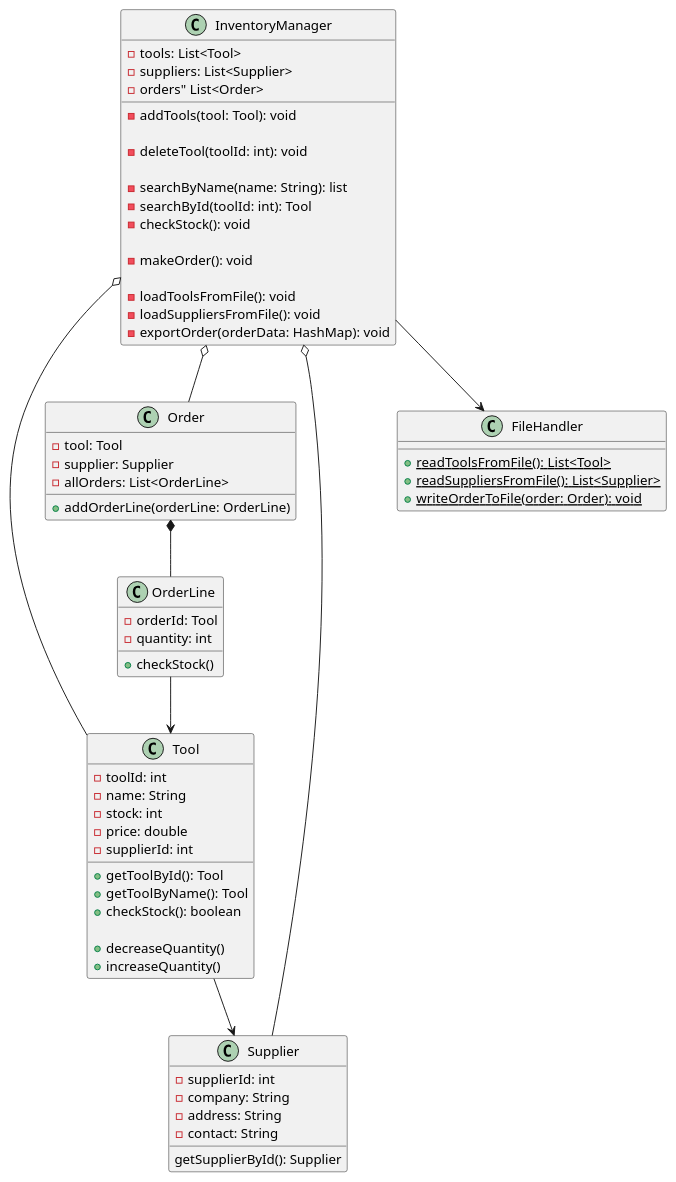
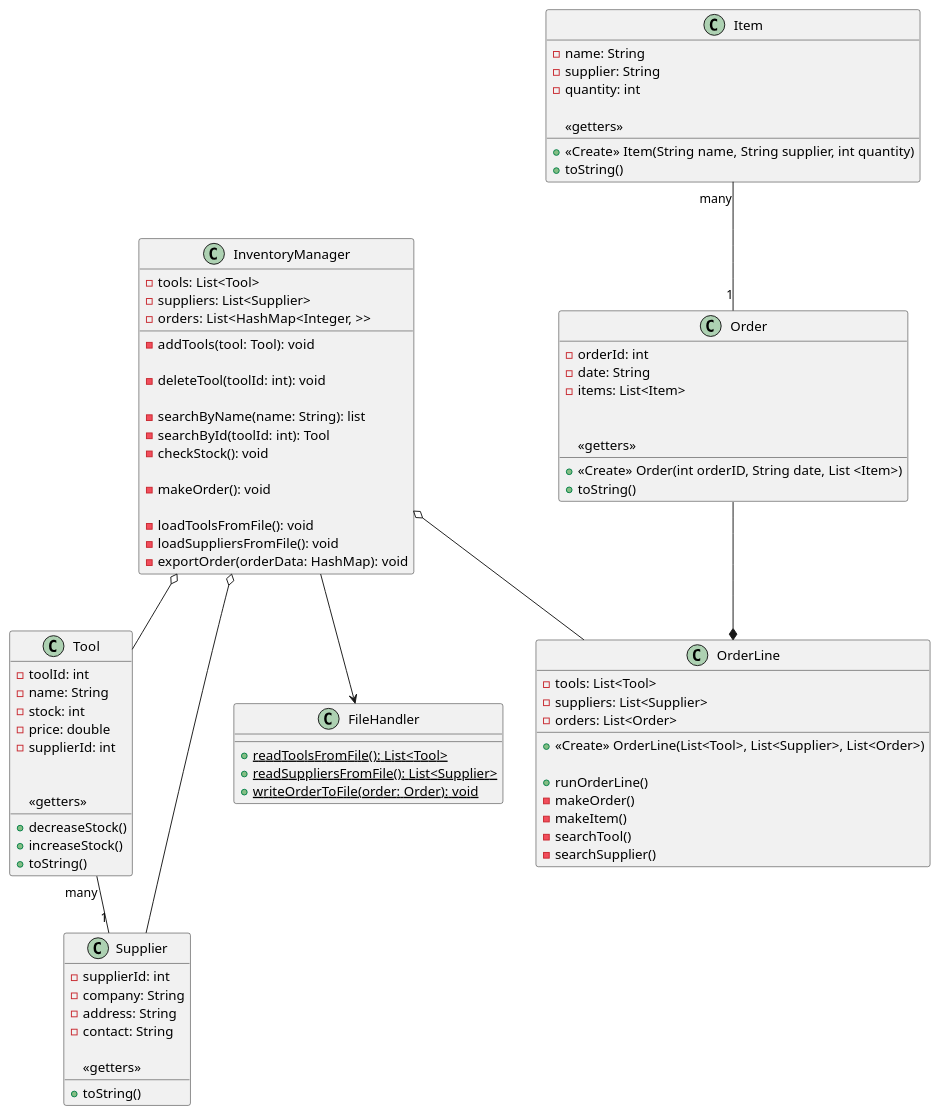
The diagram in ENSF 607/Playground/Christian/Assignment 1/assignment1/shop.puml (chvaldez10/MEng-Fall-Group), drawn with PlantUML before and after one commit. The commit also changed 4 other files, not shown here.

Commit message:
updated uml diagram for a1-ex3

```diff
--- a/ENSF 607/Playground/Christian/Assignment 1/assignment1/shop.puml
+++ b/ENSF 607/Playground/Christian/Assignment 1/assignment1/shop.puml
@@ -1,97 +1,114 @@
 @startuml
     class InventoryManager {
         /' class attributes '/
         - tools: List<Tool>
         - suppliers: List<Supplier>
-        - orders" List<Order>
+        - orders: List<HashMap<Integer, >>
 
         /' create|add tools '/
         - addTools(tool: Tool): void
 
         /' delete tools '/
         - deleteTool(toolId: int): void
 
         /' read tools '/
         - searchByName(name: String): list
         - searchById(toolId: int): Tool
         - checkStock(): void
 
         /' update tools '/
         - makeOrder(): void
 
         /' file handler '/
         - loadToolsFromFile(): void
         - loadSuppliersFromFile(): void
         - exportOrder(orderData: HashMap): void
     }
 
     class Tool {
         /' class attributes '/
         - toolId: int
         - name: String
         - stock: int
         - price: double
         - supplierId: int
 
-        /' get data '/
-        + getToolById(): Tool
-        + getToolByName(): Tool
-        + checkStock(): boolean
+        /' update stock '/
+        + decreaseStock()
+        + increaseStock()
 
-        /' update data '/
-        + decreaseQuantity()
-        + increaseQuantity()
+        <<getters>>
+        + toString()
     }
 
     class Supplier {
         /' class attributes '/
         - supplierId: int
         - company: String
         - address: String
         - contact: String
 
-        /' read data '/
-        getSupplierById(): Supplier
+        <<getters>>
+        + toString()
+    }
+
+    class OrderLine {
+        /' class attributes '/
+        - tools: List<Tool>
+        - suppliers: List<Supplier>
+        - orders: List<Order>
+
+        /' constructor '/
+        + <<Create>> OrderLine(List<Tool>, List<Supplier>, List<Order>)
+
+        /' creates one order '/
+        + runOrderLine()
+        - makeOrder()
+        - makeItem()
+        - searchTool()
+        - searchSupplier()
     }
 
     class Order {
         /' class attributes '/
-        - tool: Tool
-        - supplier: Supplier
-        - allOrders: List<OrderLine>
+        - orderId: int
+        - date: String
+        - items: List<Item>
 
-        /' creates one order '/
-        + addOrderLine(orderLine: OrderLine)
+        /' check stock '/
+        + <<Create>> Order(int orderID, String date, List <Item>)
+
+        <<getters>>
+        + toString()
     }
 
-    class OrderLine {
-        /' class attributes '/
-        - orderId: Tool
+    class Item {
+        - name: String
+        - supplier: String
         - quantity: int
+        + <<Create>> Item(String name, String supplier, int quantity)
 
-        /' check stock '/
-        + checkStock()
+        <<getters>>
+        + toString()
     }
 
     class FileHandler {
         /' read files '/
         + {static} readToolsFromFile(): List<Tool>
         + {static} readSuppliersFromFile(): List<Supplier>
         + {static} writeOrderToFile(order: Order): void
     }
 
     /' relationships for InventoryManager '/
     InventoryManager --> FileHandler
     InventoryManager o-- Tool
     InventoryManager o-- Supplier
-    InventoryManager o-- Order
+    InventoryManager o-- OrderLine
 
     /' relationships for Tool and Supplier '/
-    Tool -->  Supplier
+    Tool "many" -- "1"  Supplier
 
-    /' relationships for Order '/
-    Order *-- OrderLine
-
-    /' relationships for OrderLine '/
-    OrderLine --> Tool
+    /' relationships for Orderline, Order, Item '/
+    Order --* OrderLine
+    Item "many" -- "1" Order
 @enduml
```
